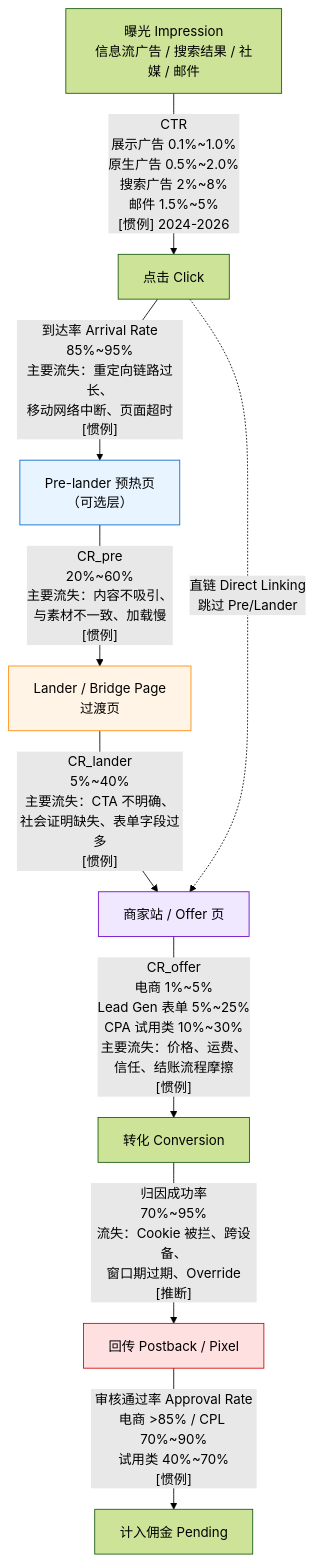
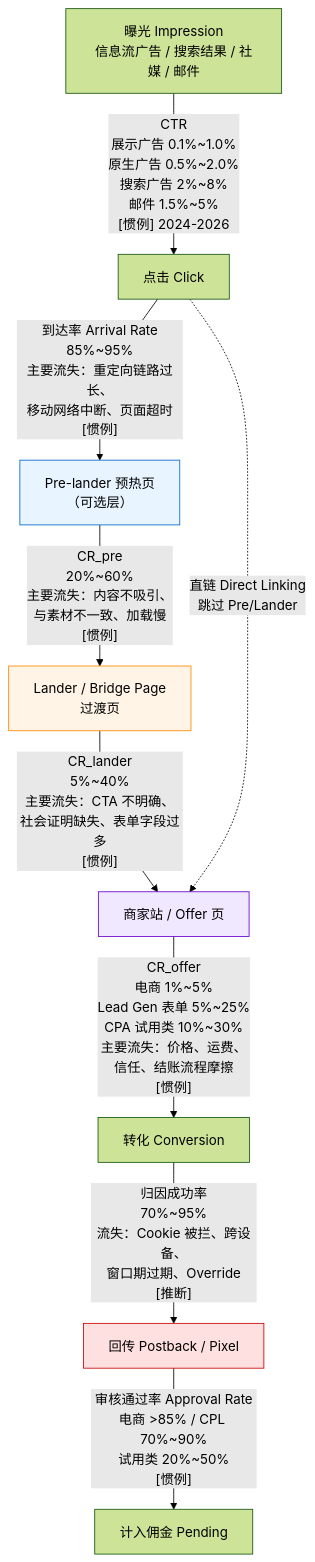
The first of 2 diagrams in 09_联盟营销Affiliate/落地页与转化漏斗设计.md (xfpg21421/adx_expert), drawn with Mermaid (forest theme) before and after one commit. The commit also changed 14 other files, not shown here.

````diff
--- a/09_联盟营销Affiliate/落地页与转化漏斗设计.md
+++ b/09_联盟营销Affiliate/落地页与转化漏斗设计.md
@@ -20,17 +20,17 @@
 ```mermaid
 flowchart TD
     IMP["曝光 Impression<br/>信息流广告 / 搜索结果 / 社媒 / 邮件"]
     IMP -->|"CTR<br/>展示广告 0.1%~1.0%<br/>原生广告 0.5%~2.0%<br/>搜索广告 2%~8%<br/>邮件 1.5%~5%<br/>[惯例] 2024-2026"| CLK["点击 Click"]
     CLK -->|"到达率 Arrival Rate<br/>85%~95%<br/>主要流失：重定向链路过长、<br/>移动网络中断、页面超时<br/>[惯例]"| PRE["Pre-lander 预热页<br/>（可选层）"]
     PRE -->|"CR_pre<br/>20%~60%<br/>主要流失：内容不吸引、<br/>与素材不一致、加载慢<br/>[惯例]"| LAN["Lander / Bridge Page<br/>过渡页"]
     LAN -->|"CR_lander<br/>5%~40%<br/>主要流失：CTA 不明确、<br/>社会证明缺失、表单字段过多<br/>[惯例]"| OFF["商家站 / Offer 页"]
     CLK -.->|"直链 Direct Linking<br/>跳过 Pre/Lander"| OFF
     OFF -->|"CR_offer<br/>电商 1%~5%<br/>Lead Gen 表单 5%~25%<br/>CPA 试用类 10%~30%<br/>主要流失：价格、运费、<br/>信任、结账流程摩擦<br/>[惯例]"| CVT["转化 Conversion"]
     CVT -->|"归因成功率<br/>70%~95%<br/>流失：Cookie 被拦、跨设备、<br/>窗口期过期、Override<br/>[推断]"| POST["回传 Postback / Pixel"]
-    POST -->|"审核通过率 Approval Rate<br/>电商 >85% / CPL 70%~90%<br/>试用类 40%~70%<br/>[惯例]"| PAY["计入佣金 Pending"]
+    POST -->|"审核通过率 Approval Rate<br/>电商 >85% / CPL 70%~90%<br/>试用类 20%~50%<br/>[惯例]"| PAY["计入佣金 Pending"]
 
     style PRE fill:#e8f4ff,stroke:#06c
     style LAN fill:#fff4e6,stroke:#f80
     style OFF fill:#f0e8ff,stroke:#60c
     style POST fill:#ffe0e0,stroke:#c00
 ```
````
